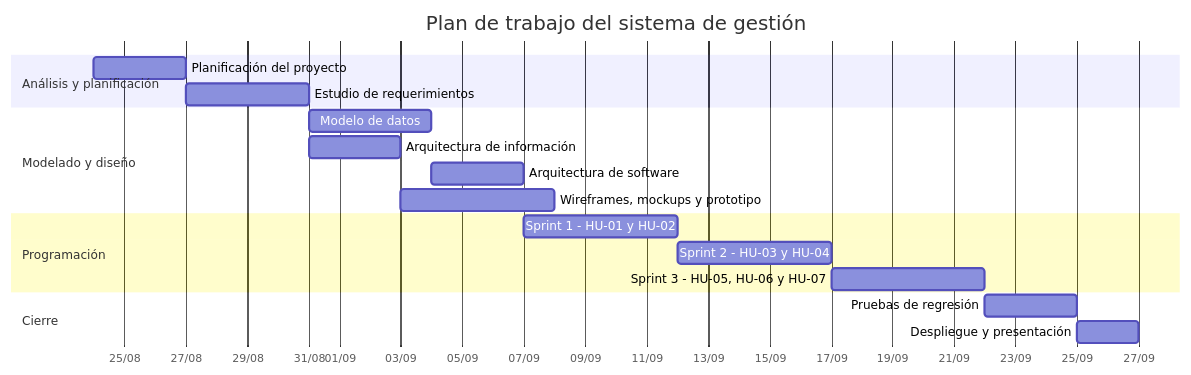
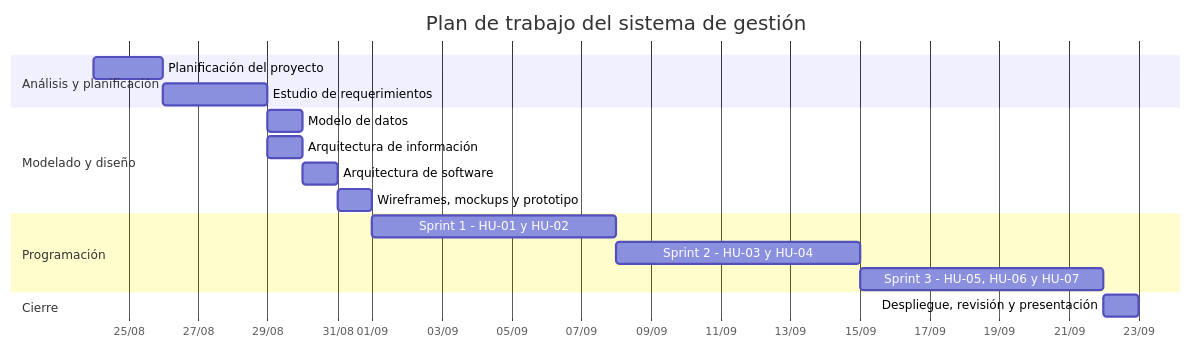
The third of 4 diagrams in docs/planDeTrabajo.md (kahnaisehC/educar-para-transformar), drawn with Mermaid before and after one commit. The commit also changed other lines of this file and 38 other files, not shown here.

````diff
--- a/docs/planDeTrabajo.md
+++ b/docs/planDeTrabajo.md
@@ -359,25 +427,24 @@
 ```mermaid
 gantt
      title Plan de trabajo del sistema de gestión
-     dateFormat  yyyy-mm-dd
+     dateFormat  YYYY-MM-DD
      axisFormat  %d/%m
 
      section Análisis y planificación
-     Planificación del proyecto       :a1, 2026-08-24, 3d
-     Estudio de requerimientos        :a2, after a1, 4d
+     Planificación del proyecto       :a1, 2026-08-24, 2d
+     Estudio de requerimientos        :a2, after a1, 3d
 
      section Modelado y diseño
-     Modelo de datos                  :b1, after a2, 4d
-     Arquitectura de información      :b2, after a2, 3d
-     Arquitectura de software         :b3, after b1, 3d
-     Wireframes, mockups y prototipo  :b4, after b2, 5d
+     Modelo de datos                  :b1, 2026-08-29, 1d
+     Arquitectura de información      :b2, 2026-08-29, 1d
+     Arquitectura de software         :b3, 2026-08-30, 1d
+     Wireframes, mockups y prototipo  :b4, 2026-08-31, 1d
 
      section Programación
-     Sprint 1 - HU-01 y HU-02         :c1, after b3, 5d
-     Sprint 2 - HU-03 y HU-04         :c2, after c1, 5d
-     Sprint 3 - HU-05, HU-06 y HU-07  :c3, after c2, 5d
+     Sprint 1 - HU-01 y HU-02         :c1, 2026-09-01, 7d
+     Sprint 2 - HU-03 y HU-04         :c2, 2026-09-08, 7d
+     Sprint 3 - HU-05, HU-06 y HU-07  :c3, 2026-09-15, 7d
 
      section Cierre
-     Pruebas de regresión              :d1, after c3, 3d
-     Despliegue y presentación         :d2, after d1, 2d
+     Despliegue, revisión y presentación :d1, 2026-09-22, 1d
 ```
````
